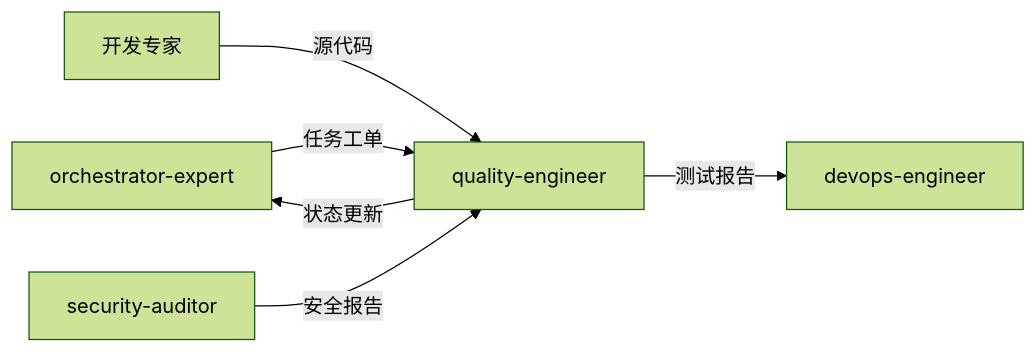
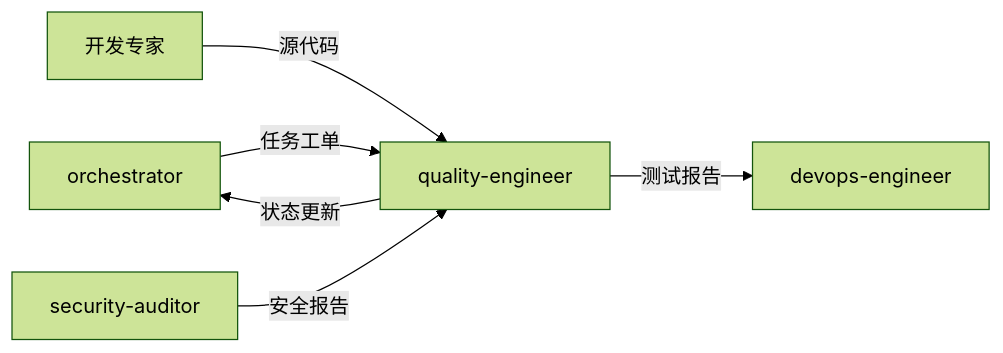
The diagram in skills/quality-engineer/SKILL.md (Tooooommy/Trae-Workflow), drawn with Mermaid (forest theme) before and after one commit. The commit also changed other lines of this file and 21 other files, not shown here.

First line of the commit message:
refactor(skills): rename orchestrator-expert to orchestrator and update paths

````diff
--- a/skills/quality-engineer/SKILL.md
+++ b/skills/quality-engineer/SKILL.md
@@ -76,8 +76,8 @@
 ```mermaid
 flowchart LR
-    A[orchestrator-expert] -->|任务工单| B[quality-engineer]
+    A[orchestrator] -->|任务工单| B[quality-engineer]
     C[开发专家] -->|源代码| B
     D[security-auditor] -->|安全报告| B
     B -->|测试报告| E[devops-engineer]
     B -->|状态更新| A
 ```
````
